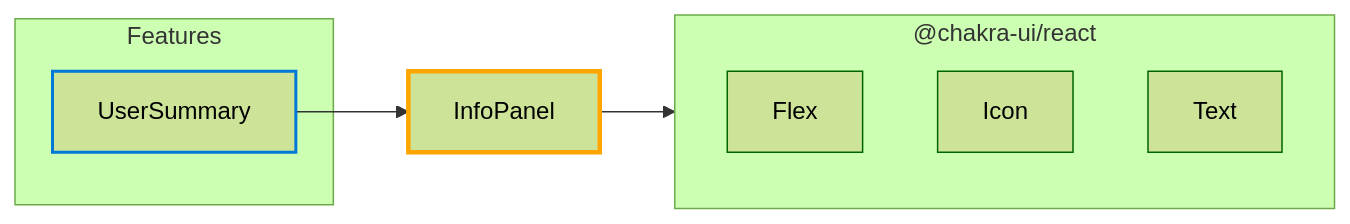
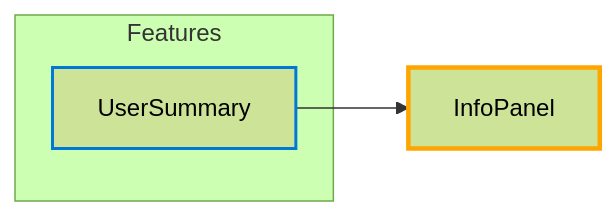
The diagram in test-project-import-analysis/hubs/InfoPanel.md (star4beam/react-package-analyzer), drawn with Mermaid (forest theme) before and after one commit. The commit also changed other lines of this file and 9 other files, not shown here.

Commit message:
Fix: mermaid links, direct hub dependencies

````diff
--- a/test-project-import-analysis/hubs/InfoPanel.md
+++ b/test-project-import-analysis/hubs/InfoPanel.md
@@ -27,44 +15,27 @@
 ```mermaid
 flowchart LR
     %% Node styles
     classDef feature stroke:#0078d7,stroke-width:2px
     classDef currentHub stroke:#ffa500,stroke-width:3px
     classDef main stroke:#d04a02,stroke-width:2px
     classDef intermediate stroke:#7e6000,stroke-width:2px
     classDef base stroke:#006400,stroke-width:2px
     classDef component stroke:#006400,stroke-width:1px
 
     %% Link styles
     linkStyle default stroke:#333,stroke-width:1px
     %% Use different arrow styles for dependency types
     %% Direct: solid line, Indirect: dashed line, Both: thick solid line
 
     hub_InfoPanel["InfoPanel"]
     class hub_InfoPanel currentHub
 
     %% Features that use this hub (directly or indirectly)
     subgraph Features["Features"]
         feature_UserSummary["UserSummary"]
         class feature_UserSummary feature
     end
 
     feature_UserSummary --> hub_InfoPanel
-    click feature_UserSummary "../features/UserSummary.md" "Go to UserSummary feature"
-
     %% Direct hub-to-hub connections
-
-    %% Components directly used by this hub
-    subgraph pkg__chakra_ui_react["@chakra-ui/react"]
-        comp__chakra_ui_react_Flex["Flex"]
-        class comp__chakra_ui_react_Flex component
-        comp__chakra_ui_react_Icon["Icon"]
-        class comp__chakra_ui_react_Icon component
-        comp__chakra_ui_react_Text["Text"]
-        class comp__chakra_ui_react_Text component
-    end
-    hub_InfoPanel --> pkg__chakra_ui_react
-    click comp__chakra_ui_react_Flex "../components/@chakra-ui_react/Flex.md" "Go to Flex component"
-    click comp__chakra_ui_react_Icon "../components/@chakra-ui_react/Icon.md" "Go to Icon component"
-    click comp__chakra_ui_react_Text "../components/@chakra-ui_react/Text.md" "Go to Text component"
-
 ```
````
